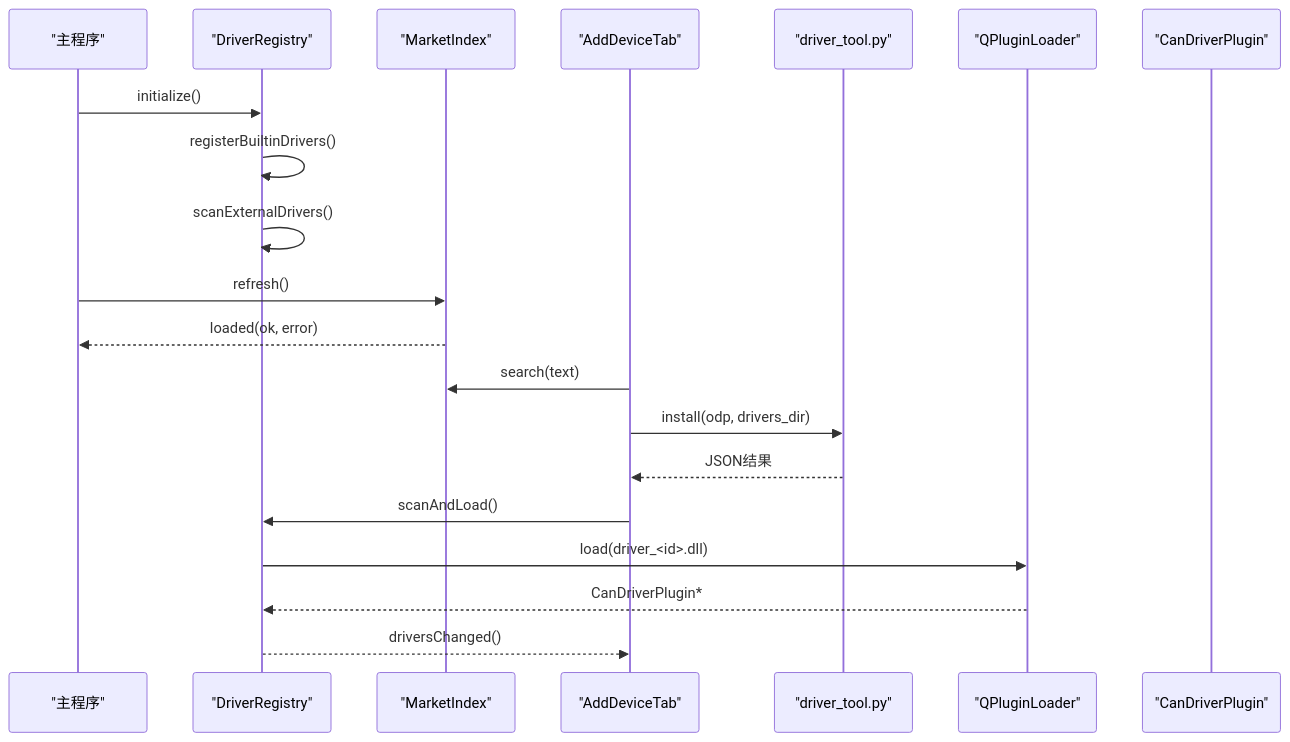
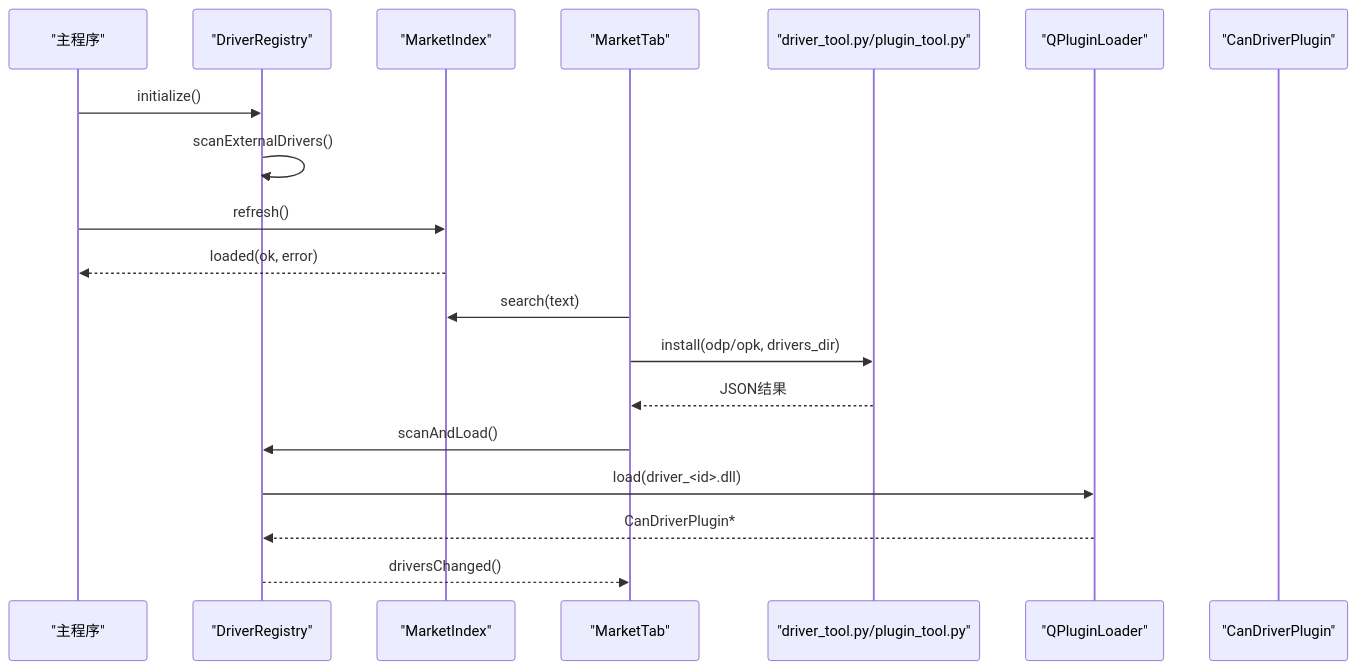
The second of 9 diagrams in .qoder/repowiki/zh/content/架构设计/驱动系统方案.md (jakecai1225-design/OpenBus), drawn with Mermaid before and after one commit. The commit also changed other lines of this file and 70 other files, not shown here.

````diff
--- a/.qoder/repowiki/zh/content/架构设计/驱动系统方案.md
+++ b/.qoder/repowiki/zh/content/架构设计/驱动系统方案.md
@@ -97,22 +91,21 @@
 ```mermaid
 sequenceDiagram
 participant App as "主程序"
 participant Reg as "DriverRegistry"
 participant Index as "MarketIndex"
-participant UI as "AddDeviceTab"
-participant Tool as "driver_tool.py"
+participant UI as "MarketTab"
+participant Tool as "driver_tool.py/plugin_tool.py"
 participant Loader as "QPluginLoader"
 participant Plugin as "CanDriverPlugin"
 App->>Reg : initialize()
-Reg->>Reg : registerBuiltinDrivers()
 Reg->>Reg : scanExternalDrivers()
 App->>Index : refresh()
 Index-->>App : loaded(ok, error)
 UI->>Index : search(text)
-UI->>Tool : install(odp, drivers_dir)
+UI->>Tool : install(odp/opk, drivers_dir)
 Tool-->>UI : JSON结果
 UI->>Reg : scanAndLoad()
 Reg->>Loader : load(driver_<id>.dll)
 Loader-->>Reg : CanDriverPlugin*
 Reg-->>UI : driversChanged()
 ```
````
